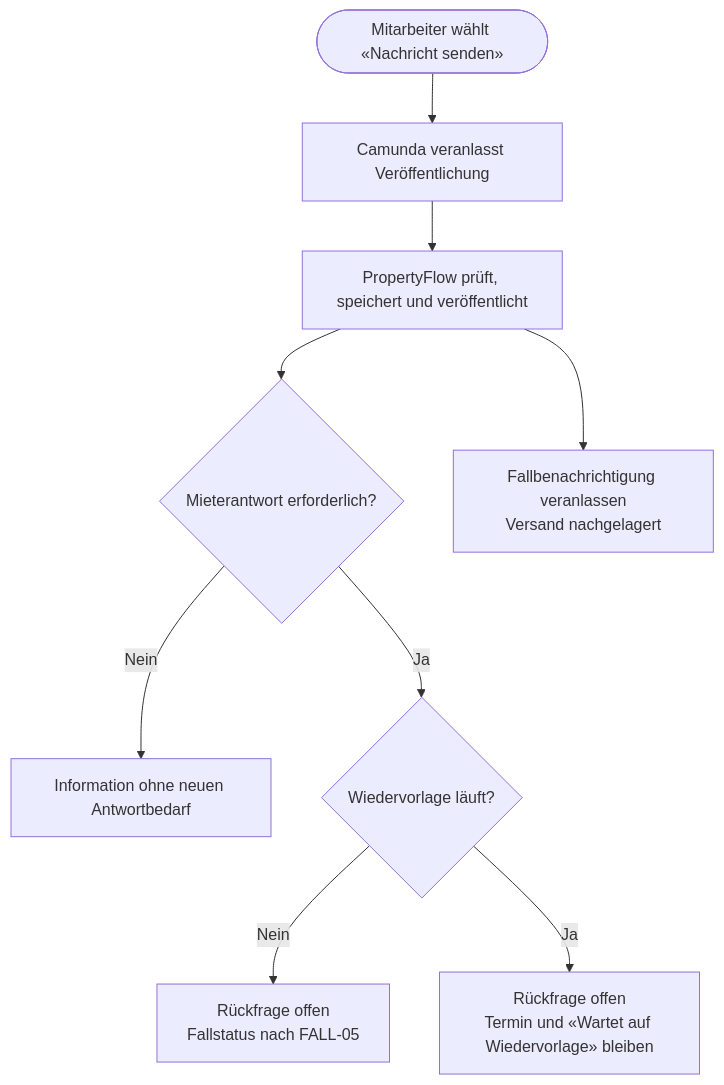
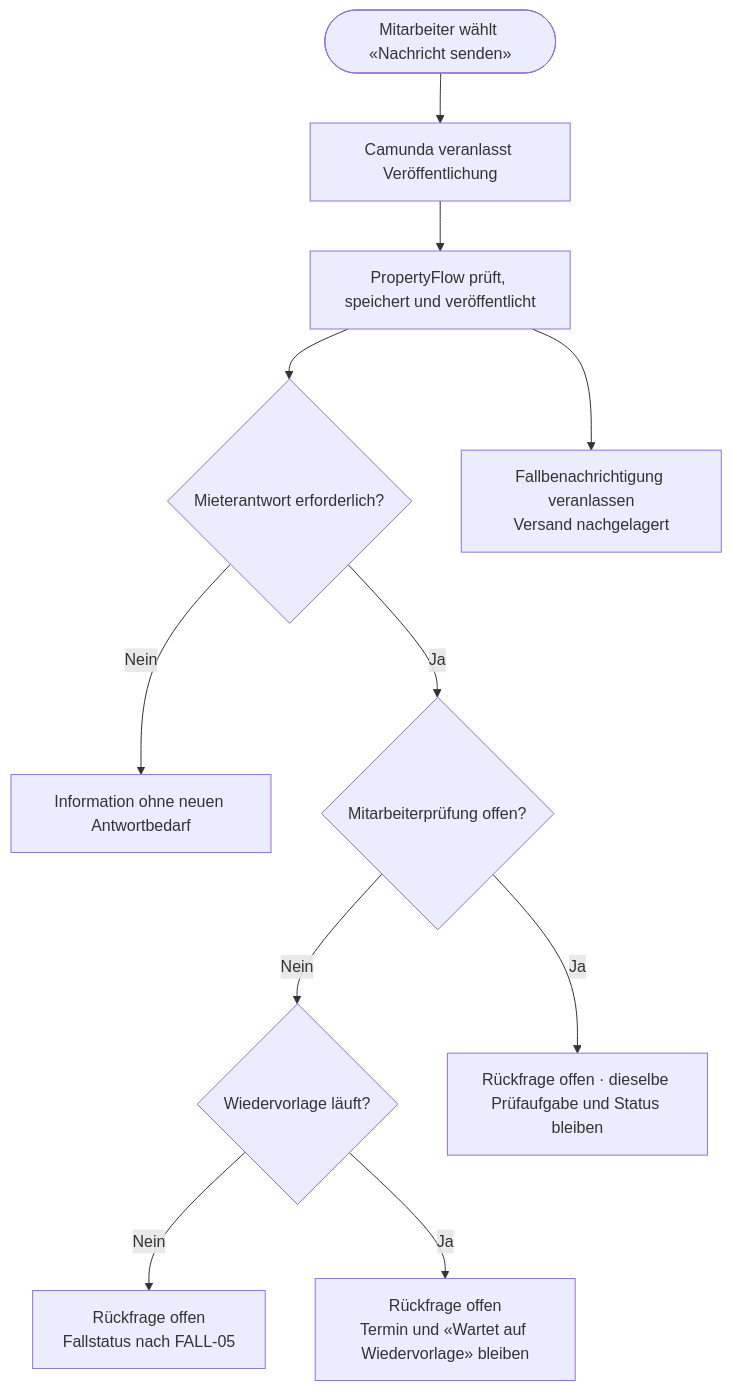
The second of 2 diagrams in docs/use_cases/UC-010-externe-fallnachricht-veroeffentlichen.md (permarco/propertyflow), drawn with Mermaid before and after one commit. The commit also changed other lines of this file and 16 other files, not shown here.

````diff
--- a/docs/use_cases/UC-010-externe-fallnachricht-veroeffentlichen.md
+++ b/docs/use_cases/UC-010-externe-fallnachricht-veroeffentlichen.md
@@ -47,19 +47,21 @@
 ```mermaid
 flowchart TD
     SENDEN(["Mitarbeiter wählt «Nachricht senden»"])
     PROZESS["Camunda veranlasst Veröffentlichung"]
     PUBLIKATION["PropertyFlow prüft, speichert und veröffentlicht"]
     ANTWORT{"Mieterantwort erforderlich?"}
     INFORMATION["Information ohne neuen Antwortbedarf"]
     WIEDERVORLAGE{"Wiedervorlage läuft?"}
     RUECKFRAGE["Rückfrage offen<br/>Fallstatus nach FALL-05"]
     TERMIN["Rückfrage offen<br/>Termin und «Wartet auf Wiedervorlage» bleiben"]
     MAIL["Fallbenachrichtigung veranlassen<br/>Versand nachgelagert"]
 
     SENDEN --> PROZESS --> PUBLIKATION --> ANTWORT
     ANTWORT -->|"Nein"| INFORMATION
-    ANTWORT -->|"Ja"| WIEDERVORLAGE
+    ANTWORT -->|"Ja"| PRUEFUNG{"Mitarbeiterprüfung offen?"}
+    PRUEFUNG -->|"Ja"| PRUEFUNG_BLEIBT["Rückfrage offen · dieselbe Prüfaufgabe und Status bleiben"]
+    PRUEFUNG -->|"Nein"| WIEDERVORLAGE
     WIEDERVORLAGE -->|"Nein"| RUECKFRAGE
     WIEDERVORLAGE -->|"Ja"| TERMIN
     PUBLIKATION --> MAIL
 ```
````
